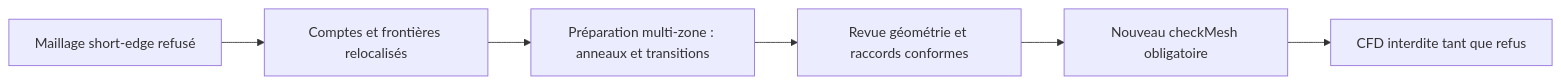
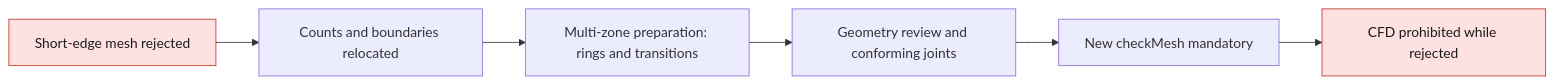
One commit to cluster2600/porscheparts changed the diagram in docs/reports/M64_ANNULAR_MESH_LOCALISATION_20260908.md. Above: the diagram before and after it, drawn with Mermaid. The commit also changed other lines of this file and 228 other files, not shown here.

````diff
--- a/docs/reports/M64_ANNULAR_MESH_LOCALISATION_20260908.md
+++ b/docs/reports/M64_ANNULAR_MESH_LOCALISATION_20260908.md
@@ -85,8 +85,10 @@
 ```mermaid
 flowchart LR
-    A[Maillage short-edge refusé] --> B[Comptes et frontières relocalisés]
-    B --> C[Préparation multi-zone : anneaux et transitions]
-    C --> D[Revue géométrie et raccords conformes]
-    D --> E[Nouveau checkMesh obligatoire]
-    E --> F[CFD interdite tant que refus]
+    A[Short-edge mesh rejected] --> B[Counts and boundaries relocated]
+    B --> C[Multi-zone preparation: rings and transitions]
+    C --> D[Geometry review and conforming joints]
+    D --> E[New checkMesh mandatory]
+    E --> F[CFD prohibited while rejected]
+    classDef stop fill:#fde2e1,stroke:#c0392b,color:#1a1a1a;
+    class A,F stop
 ```
````
